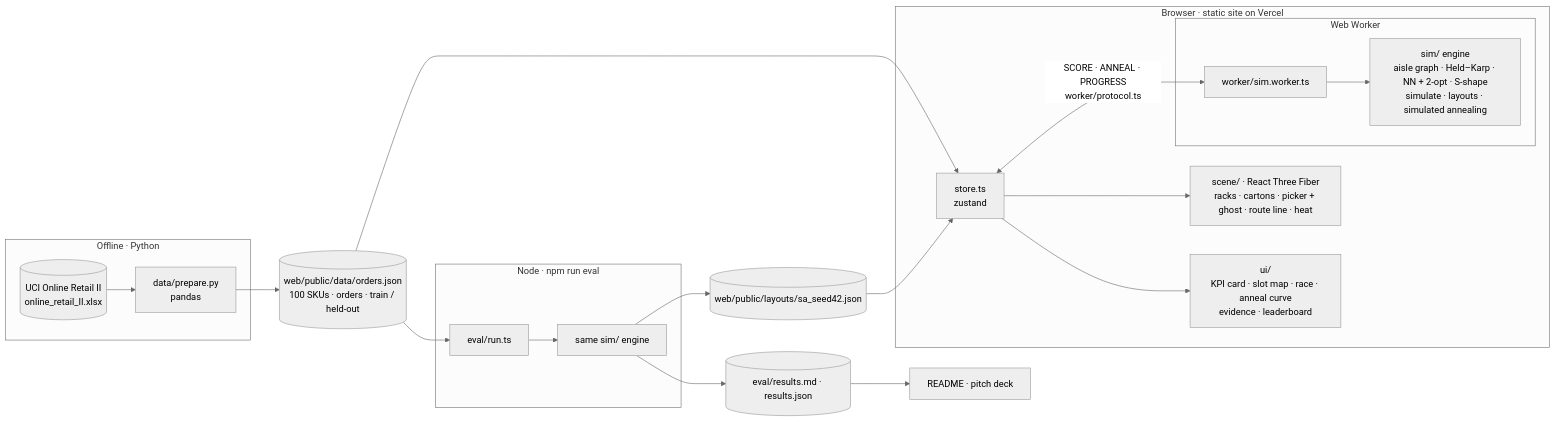
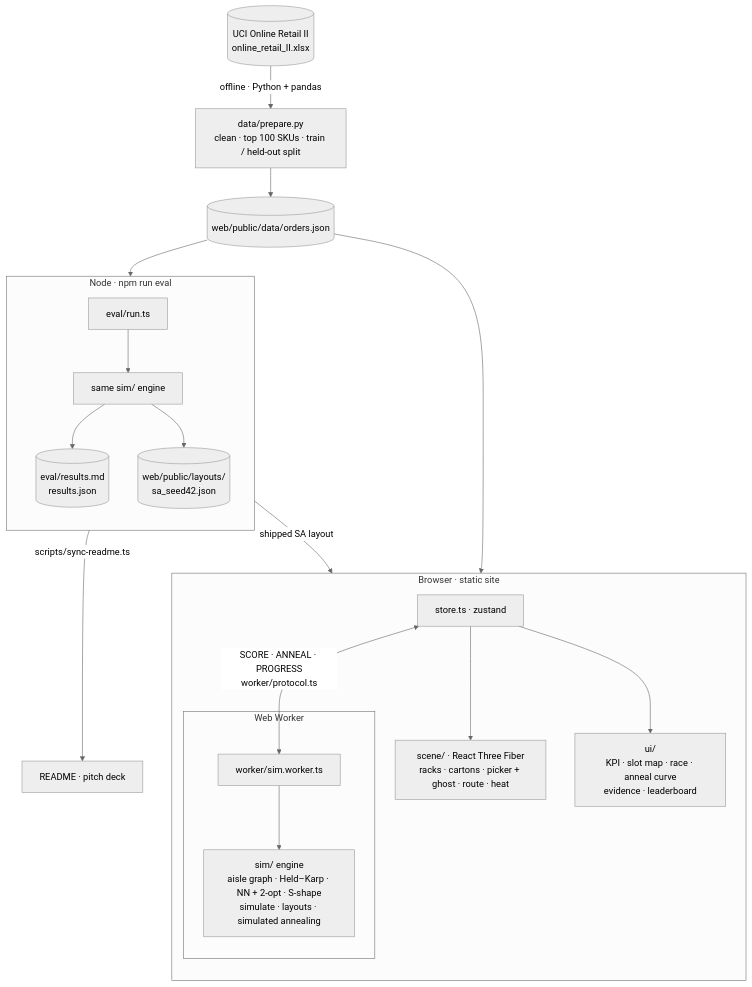
Before and after one commit to Anandb71/ghostwalk: the diagram in README.md, drawn with Mermaid (neutral theme).

Commit message:
README: architecture diagram reads top to bottom, data -> eval -> browser (#9)

````diff
--- a/README.md
+++ b/README.md
@@ -62,26 +62,28 @@
 ```mermaid
-flowchart LR
-  subgraph offline["Offline · Python"]
-    XLSX[("UCI Online Retail II<br/>online_retail_II.xlsx")] --> PREP["data/prepare.py<br/>pandas"]
-  end
-  PREP --> JSON[("web/public/data/orders.json<br/>100 SKUs · orders · train / held-out")]
+flowchart TB
+  XLSX[("UCI Online Retail II<br/>online_retail_II.xlsx")] -->|"offline · Python + pandas"| PREP["data/prepare.py<br/>clean · top 100 SKUs · train / held-out split"]
+  PREP --> JSON[("web/public/data/orders.json")]
 
-  subgraph browser["Browser · static site on Vercel"]
+  subgraph browser["Browser · static site"]
+    direction TB
+    STORE["store.ts · zustand"]
     subgraph worker["Web Worker"]
       SW["worker/sim.worker.ts"] --> ENG["sim/ engine<br/>aisle graph · Held–Karp · NN + 2-opt · S-shape<br/>simulate · layouts · simulated annealing"]
     end
-    STORE["store.ts<br/>zustand"] <-->|"SCORE · ANNEAL · PROGRESS<br/>worker/protocol.ts"| SW
-    STORE --> SCENE["scene/ · React Three Fiber<br/>racks · cartons · picker + ghost · route line · heat"]
-    STORE --> UI["ui/<br/>KPI card · slot map · race · anneal curve<br/>evidence · leaderboard"]
+    STORE <-->|"SCORE · ANNEAL · PROGRESS<br/>worker/protocol.ts"| SW
+    STORE --> SCENE["scene/ · React Three Fiber<br/>racks · cartons · picker + ghost · route · heat"]
+    STORE --> UI["ui/<br/>KPI · slot map · race · anneal curve<br/>evidence · leaderboard"]
   end
-  JSON --> STORE
 
   subgraph node["Node · npm run eval"]
+    direction TB
     EVAL["eval/run.ts"] --> ENG2["same sim/ engine"]
+    ENG2 --> RES[("eval/results.md<br/>results.json")]
+    ENG2 --> SAJ[("web/public/layouts/<br/>sa_seed42.json")]
   end
+
+  JSON --> STORE
   JSON --> EVAL
-  ENG2 --> RES[("eval/results.md · results.json")]
-  ENG2 --> SAJ[("web/public/layouts/sa_seed42.json")]
-  SAJ --> STORE
-  RES --> DOCS["README · pitch deck"]
+  SAJ -->|"shipped SA layout"| STORE
+  RES -->|"scripts/sync-readme.ts"| DOCS["README · pitch deck"]
 ```
````
